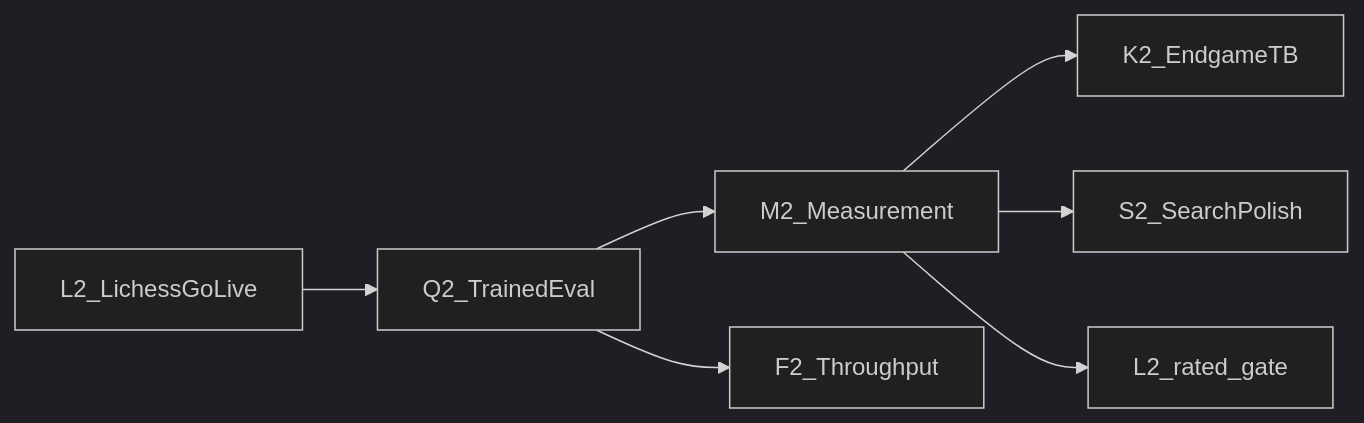
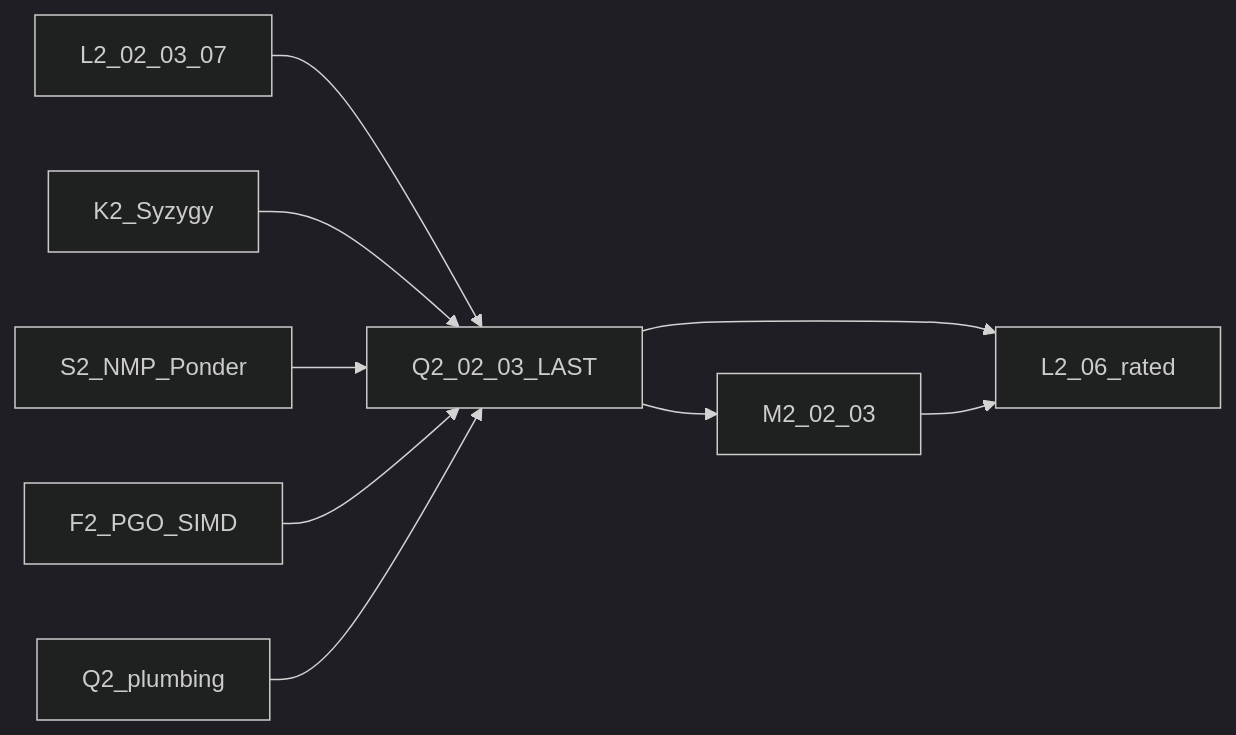
One commit to drjonah/openchess changed the diagram in research/tasks.md. Above: the diagram before and after it, drawn with Mermaid (dark theme). The commit also changed other lines of this file and 2 other files, not shown here.

First line of the commit message:
Reorganize Phase 2 so trained NNUE is last.

````diff
--- a/research/tasks.md
+++ b/research/tasks.md
@@ -44,16 +46,20 @@
 ```mermaid
 flowchart LR
-  L2[L2_LichessGoLive]
-  Q2[Q2_TrainedEval]
-  M2[M2_Measurement]
-  K2[K2_EndgameTB]
-  F2[F2_Throughput]
-  S2[S2_SearchPolish]
+  L2live[L2_02_03_07]
+  K2[K2_Syzygy]
+  S2[S2_NMP_Ponder]
+  F2[F2_PGO_SIMD]
+  Q2prep[Q2_plumbing]
+  Q2train[Q2_02_03_LAST]
+  M2post[M2_02_03]
+  L2rated[L2_06_rated]
 
-  L2 --> Q2
-  Q2 --> M2
-  M2 --> K2
-  M2 --> S2
-  Q2 --> F2
-  M2 --> L2Rated[L2_rated_gate]
+  L2live --> Q2train
+  K2 --> Q2train
+  S2 --> Q2train
+  F2 --> Q2train
+  Q2prep --> Q2train
+  Q2train --> M2post
+  Q2train --> L2rated
+  M2post --> L2rated
 ```
````
